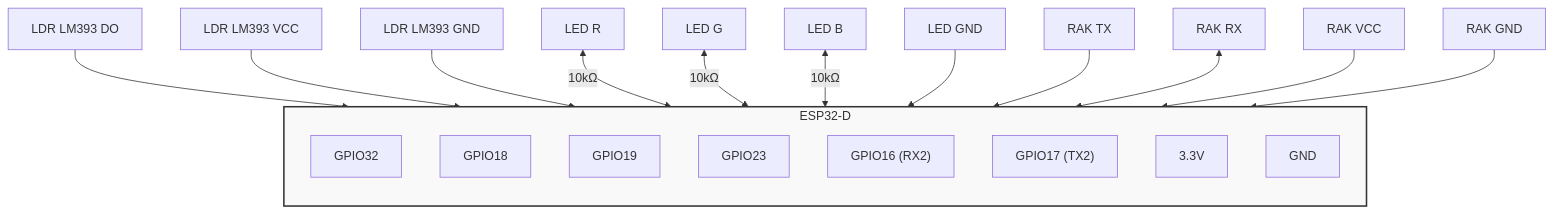
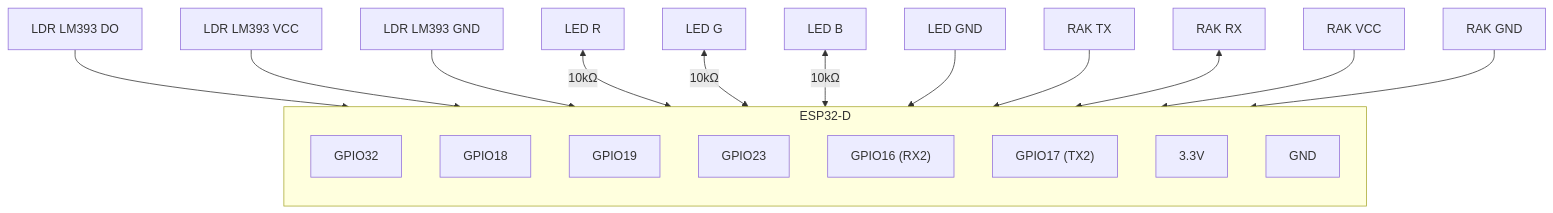
Before and after one commit to Maxenceeeee/iot-projet-lampe-autonome: the second of 5 diagrams in projet-iot-etapes-pas-a-pas.md, drawn with Mermaid.

Commit message:
Remove ESP32 style section from documentation
Removed style section for ESP32 in the document.

````diff
--- a/projet-iot-etapes-pas-a-pas.md
+++ b/projet-iot-etapes-pas-a-pas.md
@@ -133,34 +133,31 @@
 ```mermaid
 graph TD
     subgraph ESP32["ESP32-D"]
         direction TB
         GPIO32
         GPIO18
         GPIO19
         GPIO23
         GPIO16["GPIO16 (RX2)"]
         GPIO17["GPIO17 (TX2)"]
         PWR3V3[3.3V]
         GND[GND]
     end
 
     %% LDR LM393
     LDR_DO["LDR LM393 DO"] --> GPIO32
     LDR_VCC["LDR LM393 VCC"] --> PWR3V3
     LDR_GND["LDR LM393 GND"] --> GND
 
     %% LED RGB
     LED_R["LED R"] <-->|10kΩ| GPIO18
     LED_G["LED G"] <-->|10kΩ| GPIO19
     LED_B["LED B"] <-->|10kΩ| GPIO23
     LED_GND["LED GND"] --> GND
 
     %% RAK
     RAK_TX["RAK TX"] --> GPIO16
     RAK_RX["RAK RX"] <--> GPIO17
     RAK_VCC["RAK VCC"] --> PWR3V3
     RAK_GND["RAK GND"] --> GND
-
-    %% Style
-    style ESP32 fill:#f9f9f9,stroke:#333,stroke-width:2px
 ```
````
